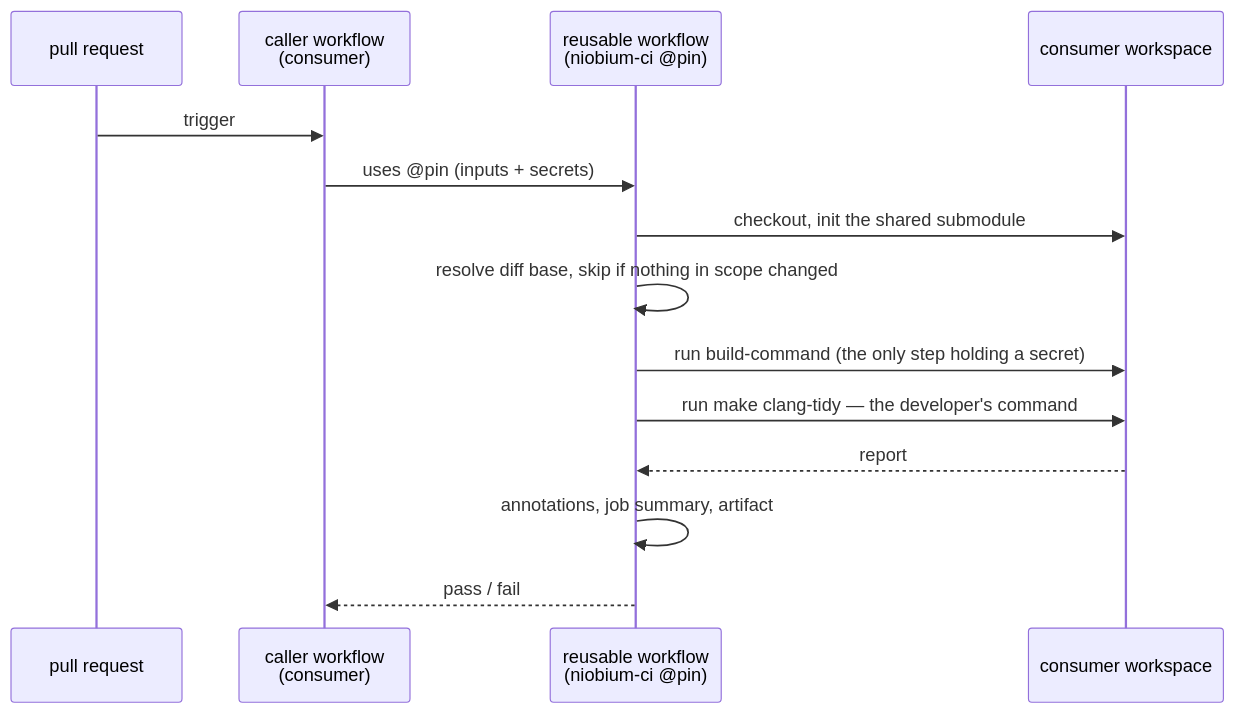
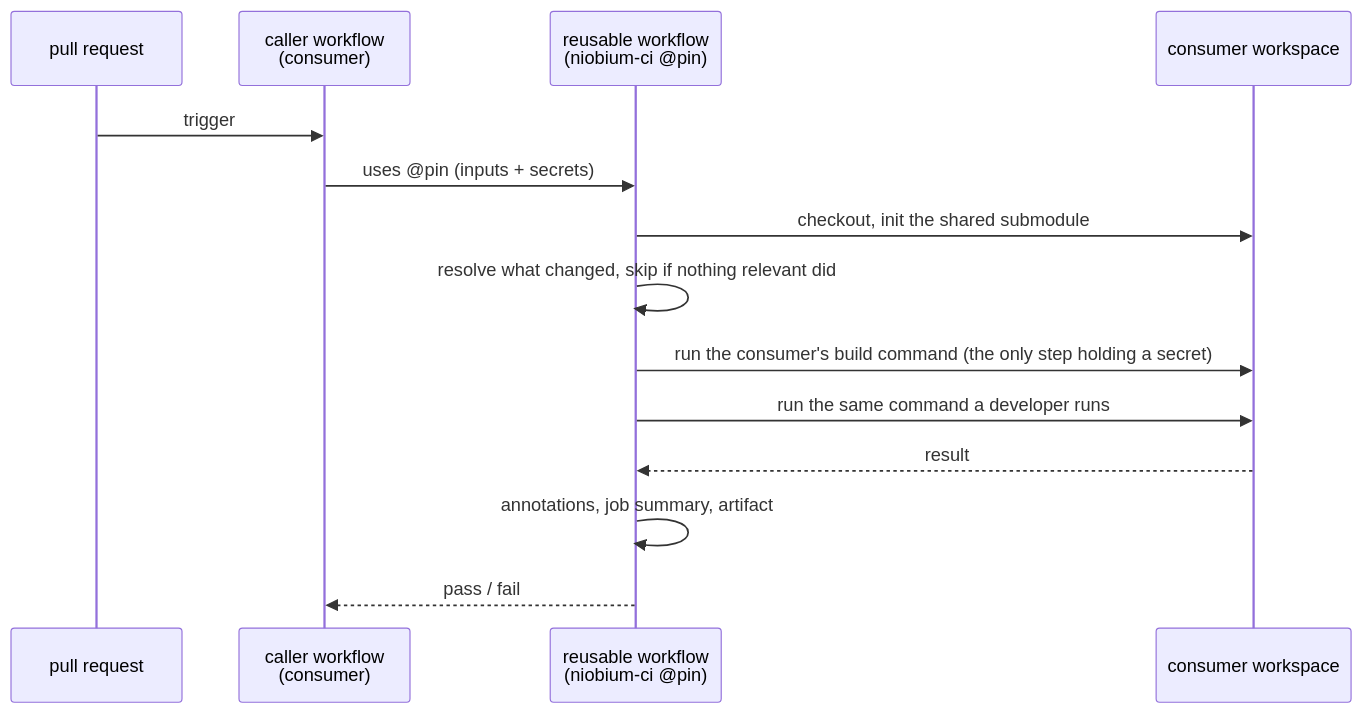
Before and after one commit to NiobiumInc/niobium-ci: the second of 2 diagrams in README.md, drawn with Mermaid. The commit also changed other lines of this file, not shown here.

````diff
--- a/README.md
+++ b/README.md
@@ -46,16 +49,16 @@
 ```mermaid
 sequenceDiagram
   participant Dev as pull request
   participant Caller as caller workflow<br/>(consumer)
   participant RW as reusable workflow<br/>(niobium-ci @pin)
   participant Repo as consumer workspace
   Dev->>Caller: trigger
   Caller->>RW: uses @pin (inputs + secrets)
   RW->>Repo: checkout, init the shared submodule
-  RW->>RW: resolve diff base, skip if nothing in scope changed
-  RW->>Repo: run build-command (the only step holding a secret)
-  RW->>Repo: run make clang-tidy — the developer's command
-  Repo-->>RW: report
+  RW->>RW: resolve what changed, skip if nothing relevant did
+  RW->>Repo: run the consumer's build command (the only step holding a secret)
+  RW->>Repo: run the same command a developer runs
+  Repo-->>RW: result
   RW->>RW: annotations, job summary, artifact
   RW-->>Caller: pass / fail
 ```
````
